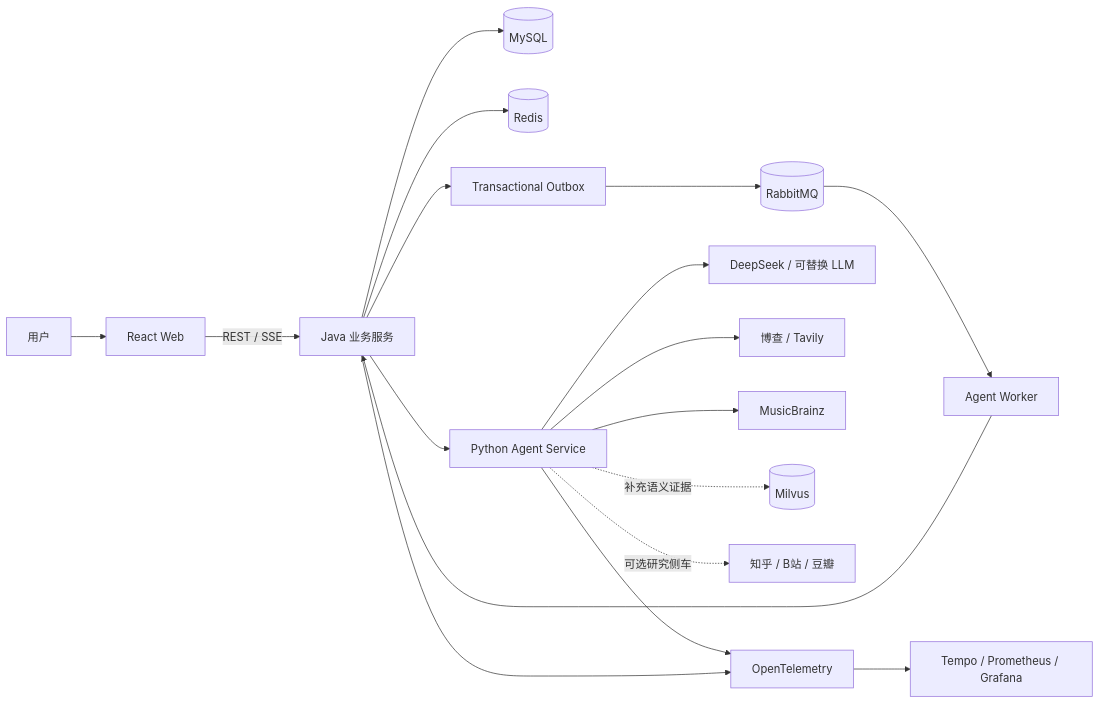
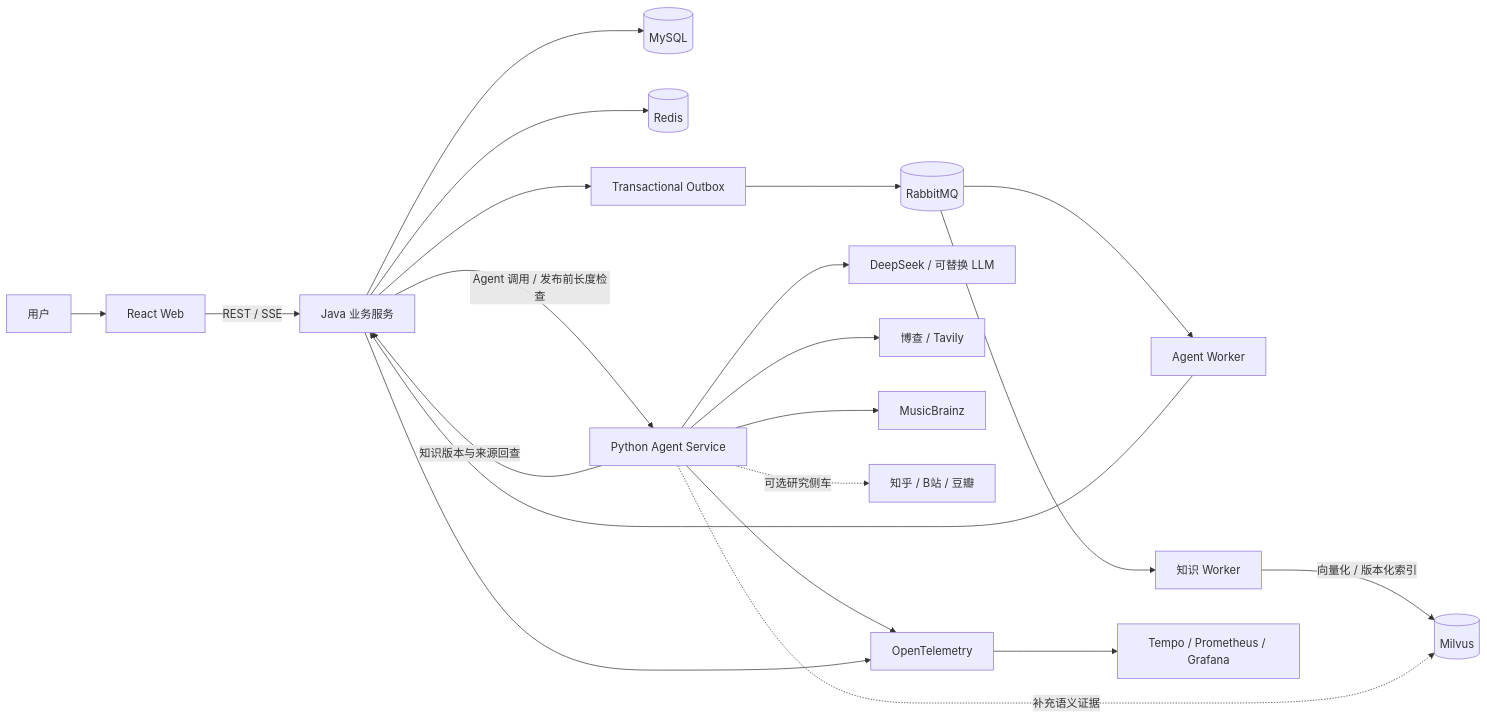
The diagram in README.md (garfieldra/ProjectChuanZhi), drawn with Mermaid before and after one commit. The commit also changed other lines of this file and 9 other files, not shown here.

````diff
--- a/README.md
+++ b/README.md
@@ -77,23 +88,26 @@
 ```mermaid
 flowchart LR
     U[用户] --> W[React Web]
     W -->|REST / SSE| J[Java 业务服务]
 
     J --> DB[(MySQL)]
     J --> R[(Redis)]
     J --> O[Transactional Outbox]
     O --> MQ[(RabbitMQ)]
     MQ --> AW[Agent Worker]
-    J --> A[Python Agent Service]
+    J -->|Agent 调用 / 发布前长度检查| A[Python Agent Service]
+    MQ --> KW[知识 Worker]
+    KW -->|向量化 / 版本化索引| V[(Milvus)]
+    A -->|知识版本与来源回查| J
 
     A --> L[DeepSeek / 可替换 LLM]
     A --> S[博查 / Tavily]
     A --> MB[MusicBrainz]
-    A -.补充语义证据.-> V[(Milvus)]
+    A -.补充语义证据.-> V
     A -.可选研究侧车.-> CN[知乎 / B站 / 豆瓣]
 
     AW --> J
     A --> OT[OpenTelemetry]
     J --> OT
     OT --> OBS[Tempo / Prometheus / Grafana]
 ```
````
